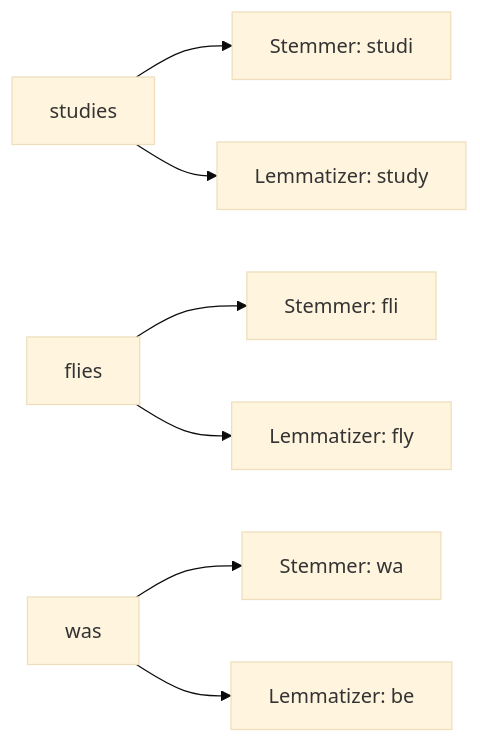
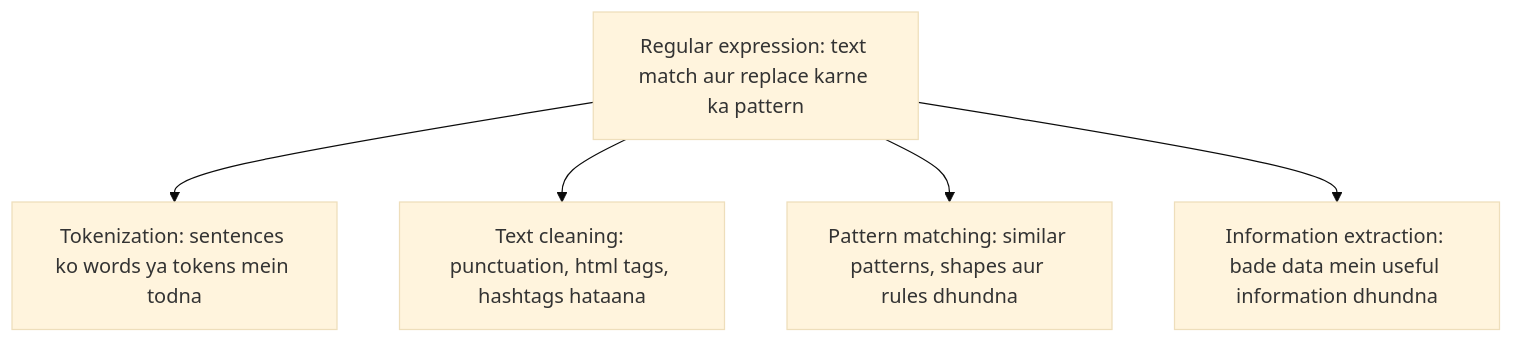
The third of 3 diagrams in content/natural-language-processing/notes/text-preprocessing.hi.mdx (TrendySloth1001/sem-seven-notes), drawn with Mermaid (base theme) before and after one commit. The commit also changed other lines of this file and 406 other files, not shown here.

````diff
--- a/content/natural-language-processing/notes/text-preprocessing.hi.mdx
+++ b/content/natural-language-processing/notes/text-preprocessing.hi.mdx
@@ -309,10 +131,8 @@
 ```mermaid
-%% caption: Same words pe stemming aur lemmatization. Stemmer sirf endings kaat ta hai, isliye studi aur fli deta hai; lemmatizer dictionary dekhta hai aur real words deta hai, aur was, feet jaise irregular forms bhi theek karta hai.
-flowchart LR
-  W1["studies"] --> S1["Stemmer: studi"]
-  W1 --> L1["Lemmatizer: study"]
-  W2["flies"] --> S2["Stemmer: fli"]
-  W2 --> L2["Lemmatizer: fly"]
-  W3["was"] --> S3["Stemmer: wa"]
-  W3 --> L3["Lemmatizer: be"]
+%% caption: Ek tool, chaar kaam. Har kaam mein regular expression pattern describe karta hai aur program use dhundta ya replace karta hai.
+flowchart TD
+  A["Regular expression: text match aur replace karne ka pattern"] --> B["Tokenization: sentences ko words ya tokens mein todna"]
+  A --> C["Text cleaning: punctuation, html tags, hashtags hataana"]
+  A --> D["Pattern matching: similar patterns, shapes aur rules dhundna"]
+  A --> E["Information extraction: bade data mein useful information dhundna"]
 ```
````
